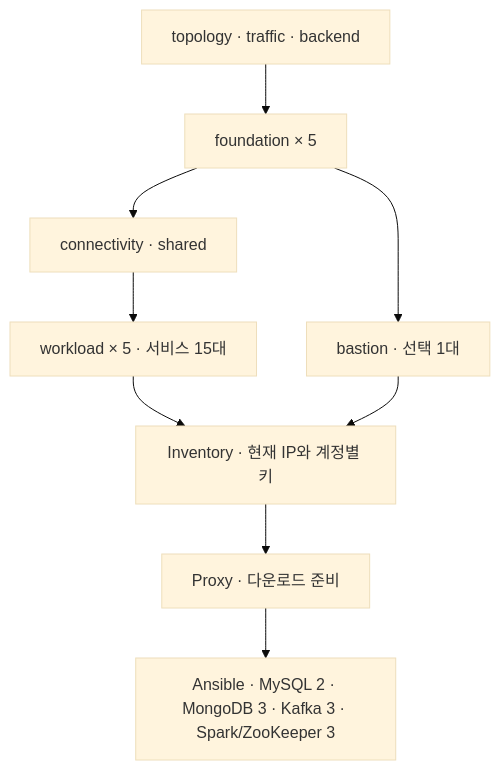
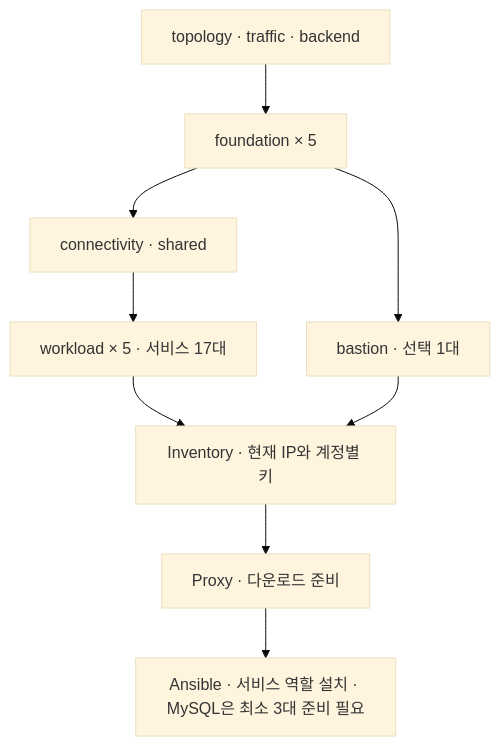
One commit to encore-ai-campus/mlo-01-p3-team2 changed the diagram in aws-infra/README.md. Above: the diagram before and after it, drawn with Mermaid (base theme). The commit also changed other lines of this file and 343 other files, not shown here.

````diff
--- a/aws-infra/README.md
+++ b/aws-infra/README.md
@@ -55,11 +58,11 @@
 ```mermaid
 flowchart TB
     CONFIG["topology · traffic · backend"] --> F["foundation × 5"]
     F --> C["connectivity · shared"]
-    C --> W["workload × 5 · 서비스 15대"]
+    C --> W["workload × 5 · 서비스 17대"]
     F --> B["bastion · 선택 1대"]
     W --> I["Inventory · 현재 IP와 계정별 키"]
     B --> I
     I --> P["Proxy · 다운로드 준비"]
-    P --> A["Ansible · MySQL 2 · MongoDB 3 · Kafka 3 · Spark/ZooKeeper 3"]
+    P --> A["Ansible · 서비스 역할 설치 · MySQL은 최소 3대 준비 필요"]
 ```
````
